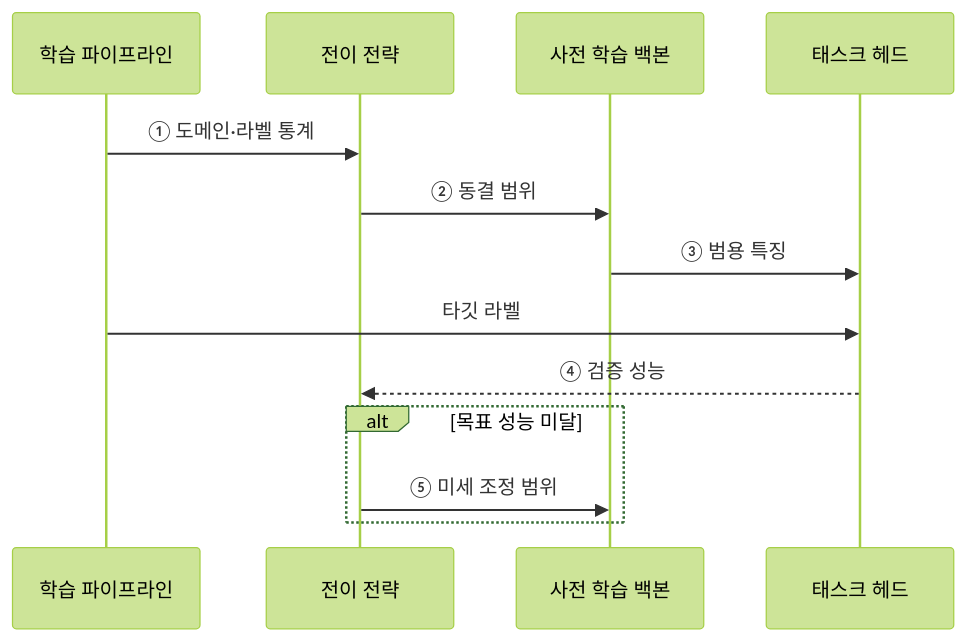
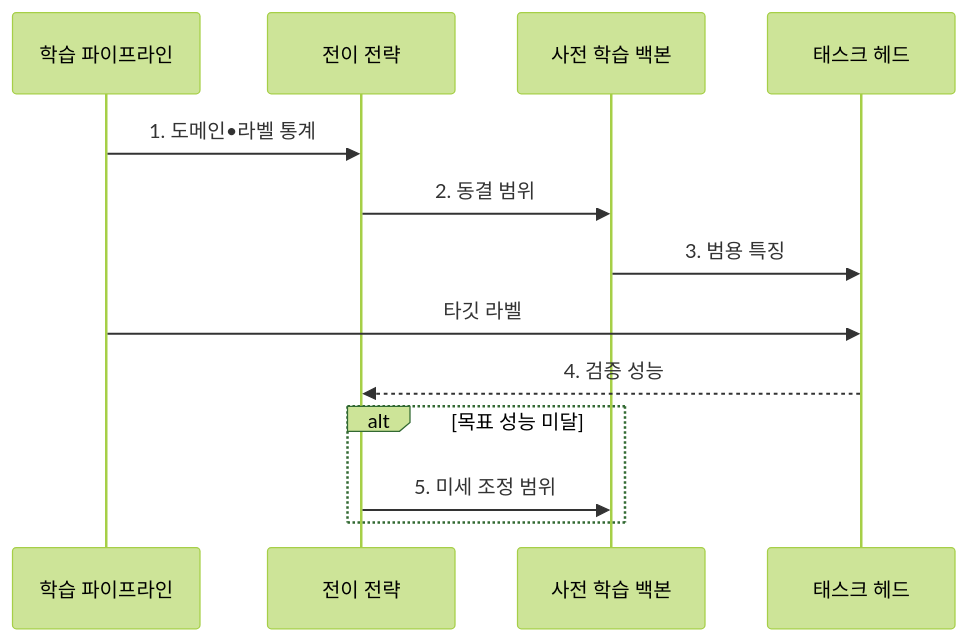
The second of 2 diagrams in src/content/docs/notes/01-basic-theory/047_transfer_learning.md (agnusdei1207/knowledge-base), drawn with Mermaid (forest theme) before and after one commit. The commit also changed other lines of this file and 20 other files, not shown here.

````diff
--- a/src/content/docs/notes/01-basic-theory/047_transfer_learning.md
+++ b/src/content/docs/notes/01-basic-theory/047_transfer_learning.md
@@ -76,15 +79,15 @@
 ```mermaid
 sequenceDiagram
     participant P as 학습 파이프라인
     participant F as 전이 전략
     participant B as 사전 학습 백본
     participant H as 태스크 헤드
-    P->>F: ① 도메인·라벨 통계
-    F->>B: ② 동결 범위
-    B->>H: ③ 범용 특징
+    P->>F: 1. 도메인•라벨 통계
+    F->>B: 2. 동결 범위
+    B->>H: 3. 범용 특징
     P->>H: 타깃 라벨
-    H-->>F: ④ 검증 성능
+    H-->>F: 4. 검증 성능
     alt 목표 성능 미달
-        F->>B: ⑤ 미세 조정 범위
+        F->>B: 5. 미세 조정 범위
     end
 ```
````
